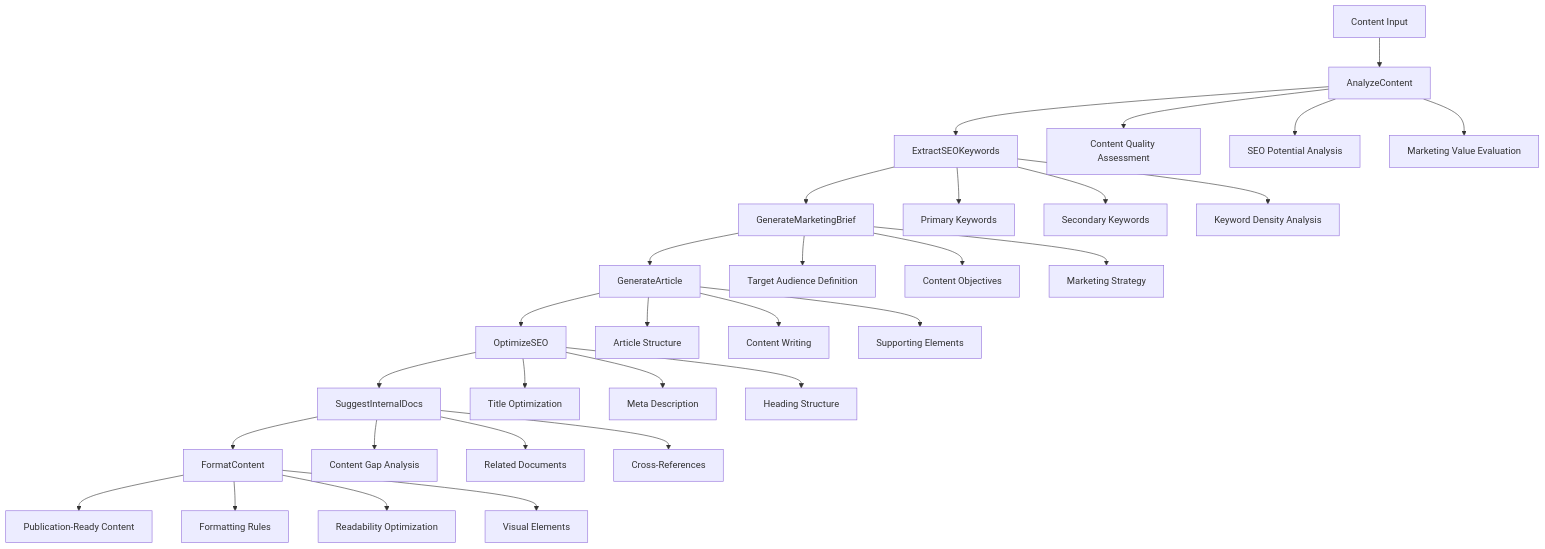
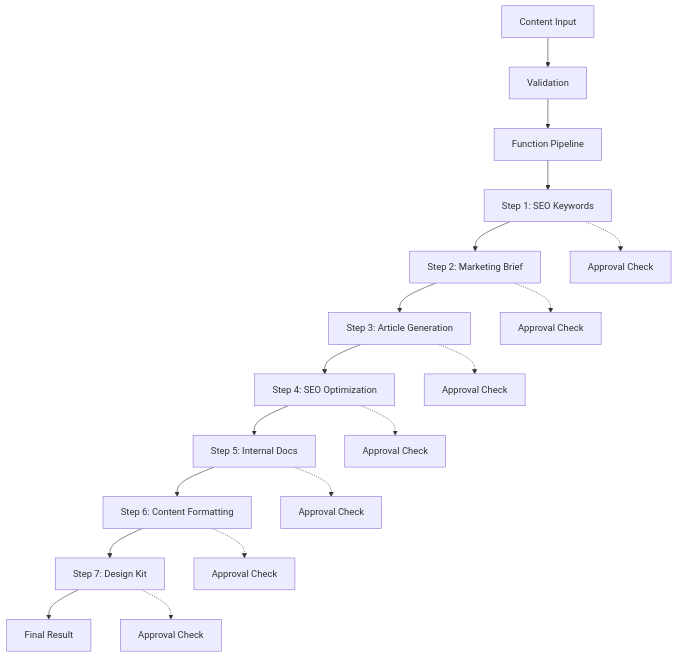
Before and after one commit to arthur-ai/marketing_tool: the diagram in docs/pipeline-architecture.md, drawn with Mermaid. The commit also changed other lines of this file and 199 other files, not shown here.

````diff
--- a/docs/pipeline-architecture.md
+++ b/docs/pipeline-architecture.md
@@ -9,39 +9,23 @@
 ```mermaid
 graph TD
-    A[Content Input] --> B[AnalyzeContent]
-    B --> C[ExtractSEOKeywords]
-    C --> D[GenerateMarketingBrief]
-    D --> E[GenerateArticle]
-    E --> F[OptimizeSEO]
-    F --> G[SuggestInternalDocs]
-    G --> H[FormatContent]
-    H --> I[Publication-Ready Content]
+    A[Content Input] --> B[Validation]
+    B --> C[Function Pipeline]
 
-    B --> B1[Content Quality Assessment]
-    B --> B2[SEO Potential Analysis]
-    B --> B3[Marketing Value Evaluation]
+    C --> D1[Step 1: SEO Keywords]
+    D1 --> D2[Step 2: Marketing Brief]
+    D2 --> D3[Step 3: Article Generation]
+    D3 --> D4[Step 4: SEO Optimization]
+    D4 --> D5[Step 5: Internal Docs]
+    D5 --> D6[Step 6: Content Formatting]
+    D6 --> D7[Step 7: Design Kit]
 
-    C --> C1[Primary Keywords]
-    C --> C2[Secondary Keywords]
-    C --> C3[Keyword Density Analysis]
+    D7 --> E[Final Result]
 
-    D --> D1[Target Audience Definition]
-    D --> D2[Content Objectives]
-    D --> D3[Marketing Strategy]
-
-    E --> E1[Article Structure]
-    E --> E2[Content Writing]
-    E --> E3[Supporting Elements]
-
-    F --> F1[Title Optimization]
-    F --> F2[Meta Description]
-    F --> F3[Heading Structure]
-
-    G --> G1[Content Gap Analysis]
-    G --> G2[Related Documents]
-    G --> G3[Cross-References]
-
-    H --> H1[Formatting Rules]
-    H --> H2[Readability Optimization]
-    H --> H3[Visual Elements]
+    D1 -.-> A1[Approval Check]
+    D2 -.-> A2[Approval Check]
+    D3 -.-> A3[Approval Check]
+    D4 -.-> A4[Approval Check]
+    D5 -.-> A5[Approval Check]
+    D6 -.-> A6[Approval Check]
+    D7 -.-> A7[Approval Check]
 ```
````
